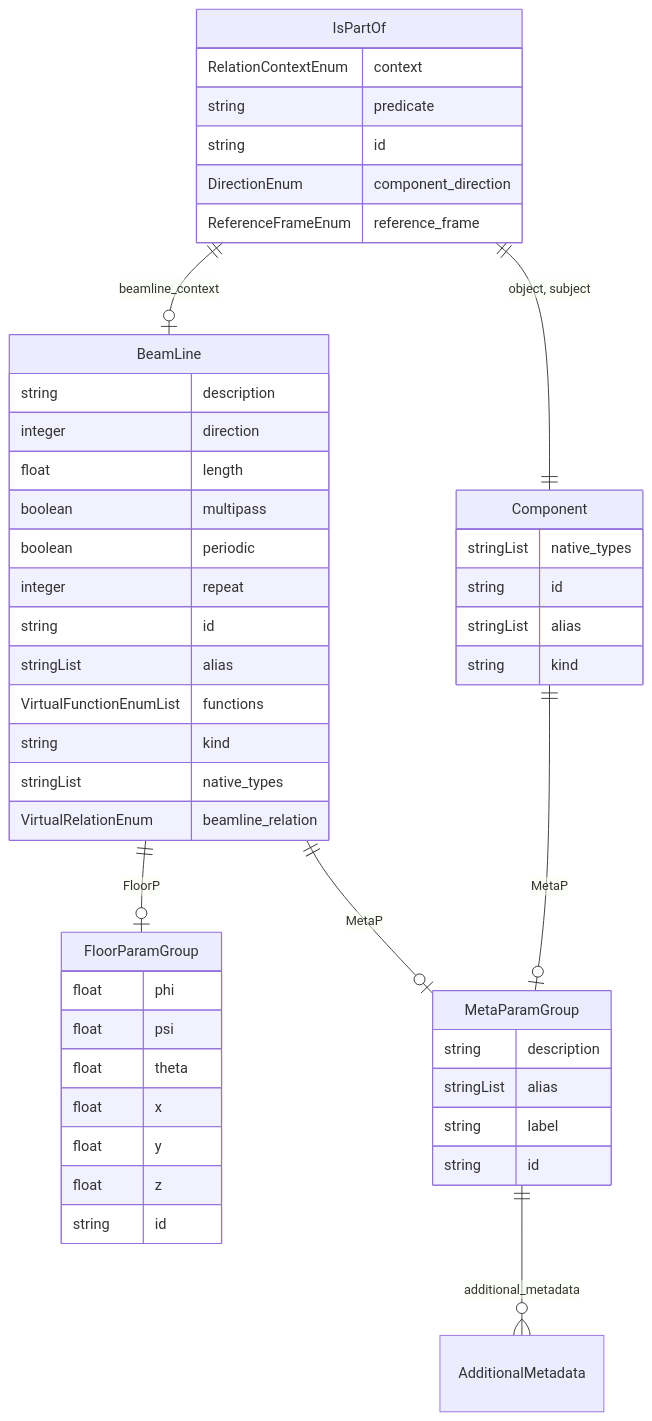
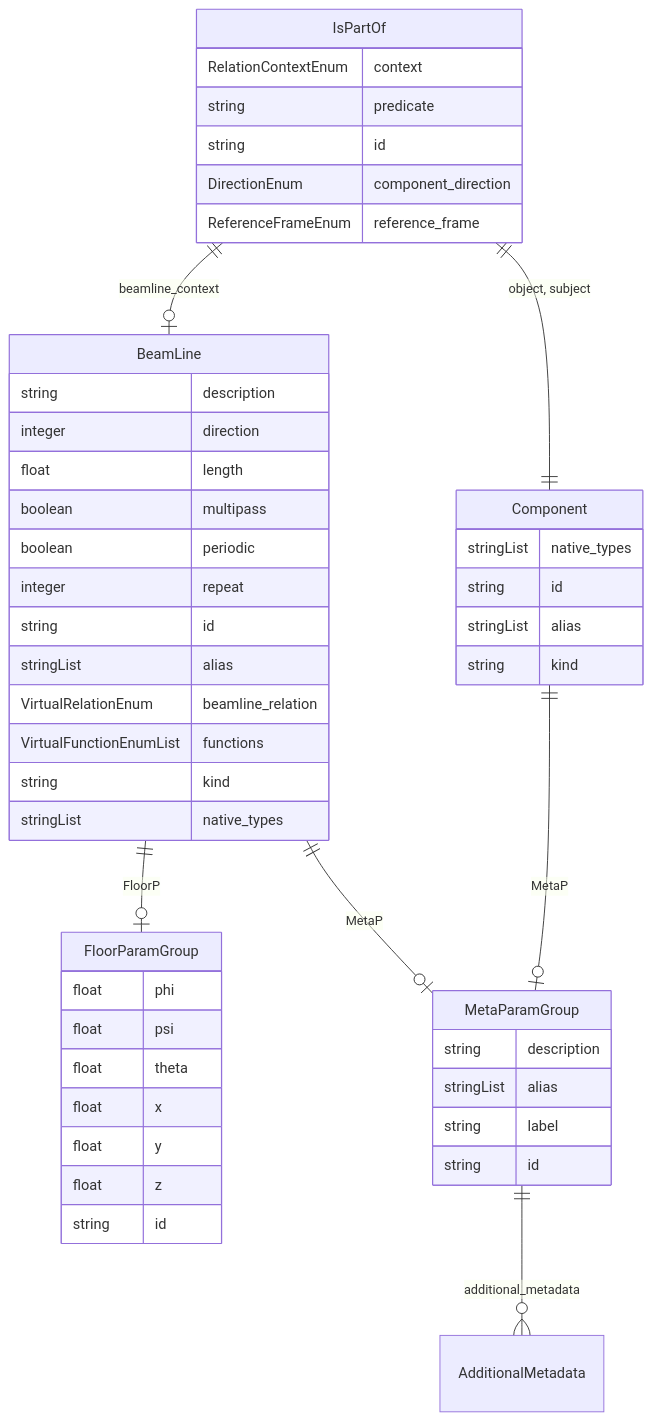
One commit to pals-project/pals-facility-config changed the diagram in docs/elements/classes/IsPartOf.md. Above: the diagram before and after it, drawn with Mermaid. The commit also changed other lines of this file and 19 other files, not shown here.

````diff
--- a/docs/elements/classes/IsPartOf.md
+++ b/docs/elements/classes/IsPartOf.md
@@ -15,53 +15,53 @@
 ```mermaid
 erDiagram
 BeamLine {
     string description  
     integer direction  
     float length  
     boolean multipass  
     boolean periodic  
     integer repeat  
     string id  
     stringList alias  
+    VirtualRelationEnum beamline_relation  
     VirtualFunctionEnumList functions  
     string kind  
     stringList native_types  
-    VirtualRelationEnum beamline_relation  
 }
 Component {
     stringList native_types  
     string id  
     stringList alias  
     string kind  
 }
 FloorParamGroup {
     float phi  
     float psi  
     float theta  
     float x  
     float y  
     float z  
     string id  
 }
 IsPartOf {
     RelationContextEnum context  
     string predicate  
     string id  
     DirectionEnum component_direction  
     ReferenceFrameEnum reference_frame  
 }
 MetaParamGroup {
     string description  
     stringList alias  
     string label  
     string id  
 }
 
 BeamLine ||--|o FloorParamGroup : "FloorP"
 BeamLine ||--|o MetaParamGroup : "MetaP"
 Component ||--|o MetaParamGroup : "MetaP"
 IsPartOf ||--|o BeamLine : "beamline_context"
 IsPartOf ||--|| Component : "object, subject"
 MetaParamGroup ||--}o AdditionalMetadata : "additional_metadata"
 
 ```
````
